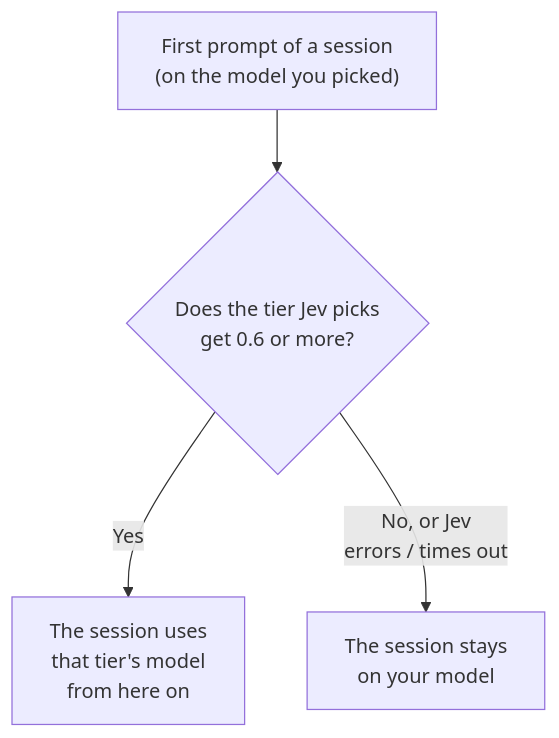
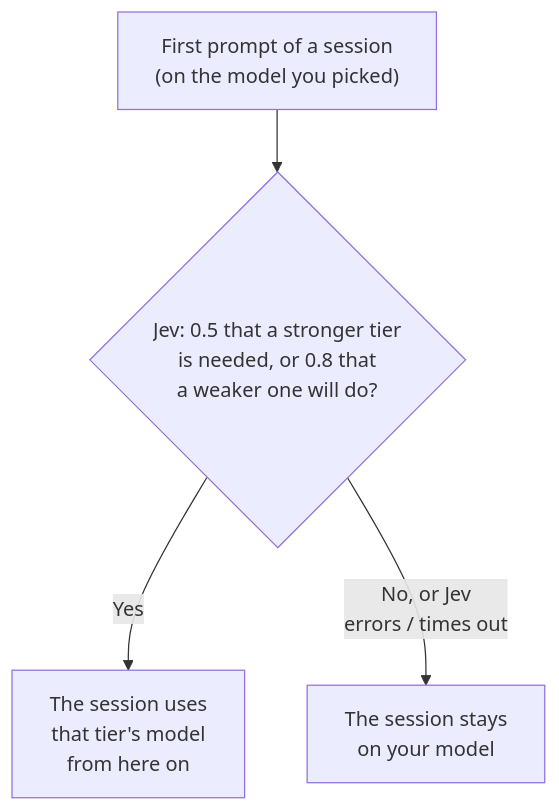
The first of 3 diagrams in README.md (KevinYu1580/jcGearbox), drawn with Mermaid before and after one commit. The commit also changed other lines of this file and 1 other file, not shown here.

````diff
--- a/README.md
+++ b/README.md
@@ -53,6 +53,6 @@
 ```mermaid
 flowchart TD
-    P["First prompt of a session<br/>(on the model you picked)"] --> Q{"Does the tier Jev picks<br/>get 0.6 or more?"}
+    P["First prompt of a session<br/>(on the model you picked)"] --> Q{"Jev: 0.5 that a stronger tier<br/>is needed, or 0.8 that<br/>a weaker one will do?"}
     Q -->|"Yes"| O["The session uses<br/>that tier's model<br/>from here on"]
     Q -->|"No, or Jev<br/>errors / times out"| S["The session stays<br/>on your model"]
 ```
````
